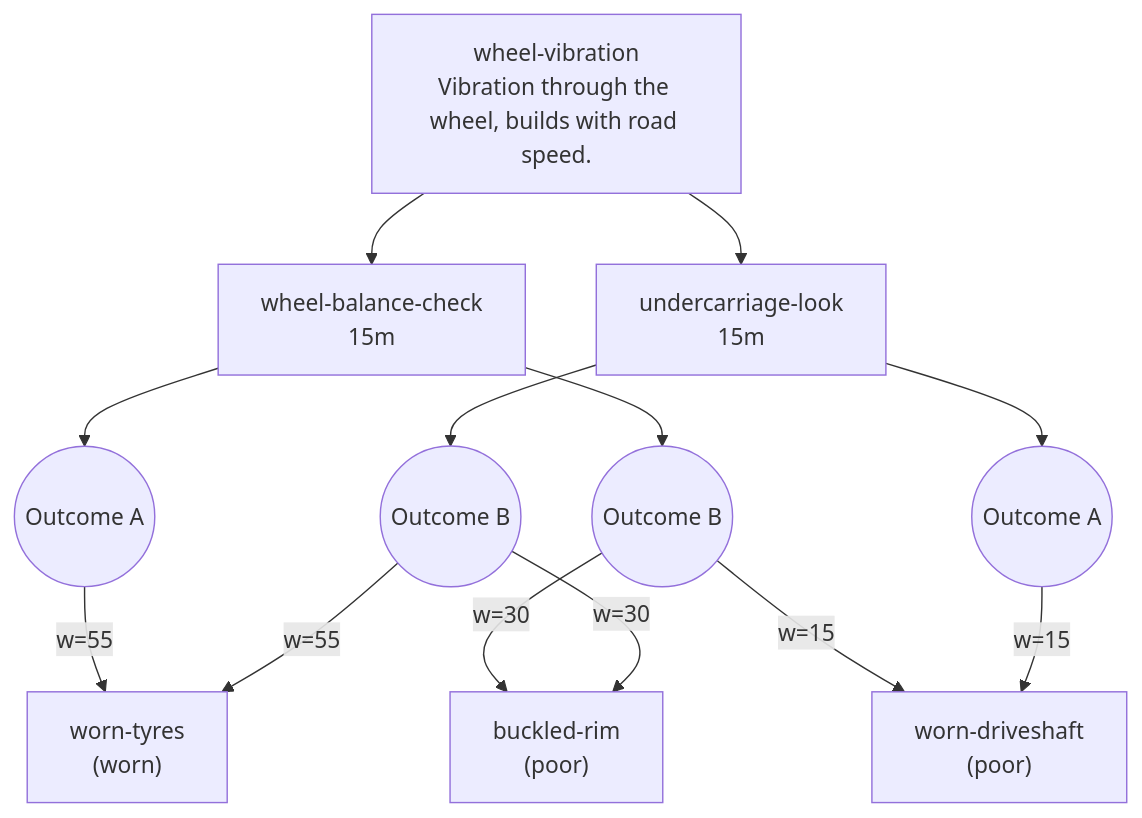
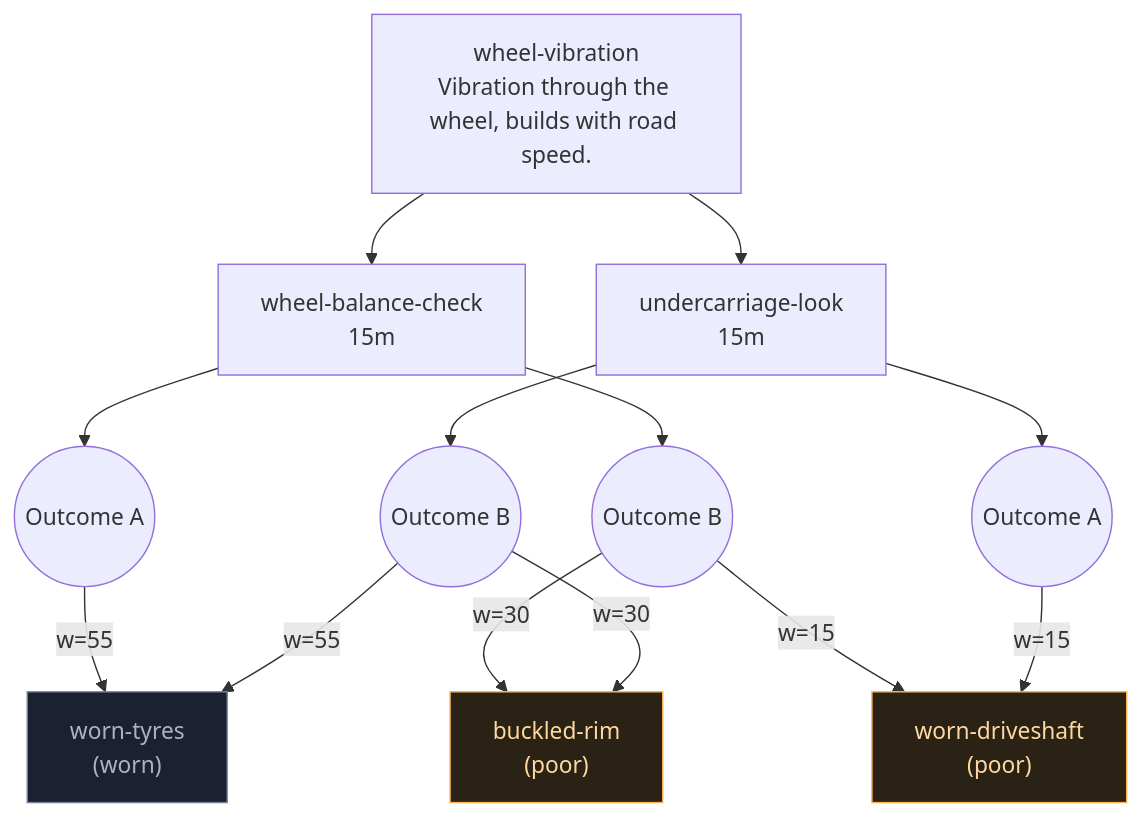
The ninth of 17 diagrams in docs/design/failure-map.generated.md (DashDev151/midnight_garage), drawn with Mermaid before and after one commit. The commit also changed other lines of this file and 24 other files, not shown here.

````diff
--- a/docs/design/failure-map.generated.md
+++ b/docs/design/failure-map.generated.md
@@ -357,21 +372,25 @@
 ```mermaid
 flowchart TD
   SYM_wheel_vibration["wheel-vibration<br/>Vibration through the wheel, builds with road speed."]
   T_wheel_balance_check["wheel-balance-check<br/>15m"]
   SYM_wheel_vibration --> T_wheel_balance_check
   T_wheel_balance_check --> T_wheel_balance_check_G0(("Outcome A"))
-  FM_worn_tyres["worn-tyres<br/>(worn)"]
+  FM_worn_tyres["worn-tyres<br/>(worn)"]:::mild
   T_wheel_balance_check_G0 -->|"w=55"| FM_worn_tyres
   T_wheel_balance_check --> T_wheel_balance_check_G1(("Outcome B"))
-  FM_buckled_rim["buckled-rim<br/>(poor)"]
+  FM_buckled_rim["buckled-rim<br/>(poor)"]:::mid
   T_wheel_balance_check_G1 -->|"w=30"| FM_buckled_rim
-  FM_worn_driveshaft["worn-driveshaft<br/>(poor)"]
+  FM_worn_driveshaft["worn-driveshaft<br/>(poor)"]:::mid
   T_wheel_balance_check_G1 -->|"w=15"| FM_worn_driveshaft
   T_undercarriage_look["undercarriage-look<br/>15m"]
   SYM_wheel_vibration --> T_undercarriage_look
   T_undercarriage_look --> T_undercarriage_look_G0(("Outcome A"))
   T_undercarriage_look_G0 -->|"w=15"| FM_worn_driveshaft
   T_undercarriage_look --> T_undercarriage_look_G1(("Outcome B"))
   T_undercarriage_look_G1 -->|"w=55"| FM_worn_tyres
   T_undercarriage_look_G1 -->|"w=30"| FM_buckled_rim
+  classDef grenade fill:#2a1420,stroke:#ff5470,color:#ff9db0
+  classDef gem fill:#14261b,stroke:#7ed491,color:#a9e8bb
+  classDef mid fill:#2a2214,stroke:#ffb454,color:#ffd8a1
+  classDef mild fill:#1b2130,stroke:#79839a,color:#aab3c5
 ```
````
